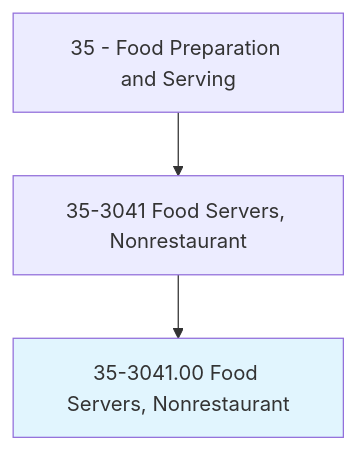
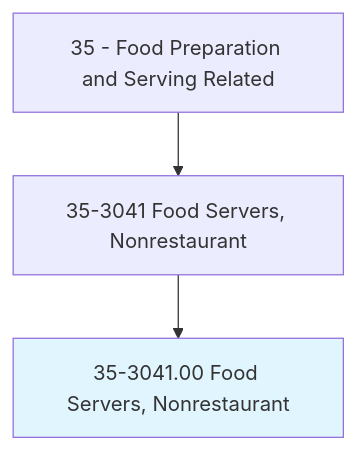
The first of 4 diagrams in occupations/FoodService/FoodServersNonrestaurant.mdx (kziemski/business.org.ai), drawn with Mermaid before and after one commit. The commit also changed other lines of this file and 938 other files, not shown here.

````diff
--- a/occupations/FoodService/FoodServersNonrestaurant.mdx
+++ b/occupations/FoodService/FoodServersNonrestaurant.mdx
@@ -19,6 +23,6 @@
 ```mermaid
 graph TD
-    Cat35["35 - Food Preparation and Serving"] --> Group353041["35-3041 Food Servers, Nonrestaurant"]
+    Cat35["35 - Food Preparation and Serving Related"] --> Group353041["35-3041 Food Servers, Nonrestaurant"]
     Group353041 --> Current["35-3041.00 Food Servers, Nonrestaurant"]
     style Current fill:#e1f5fe
 ```
````
